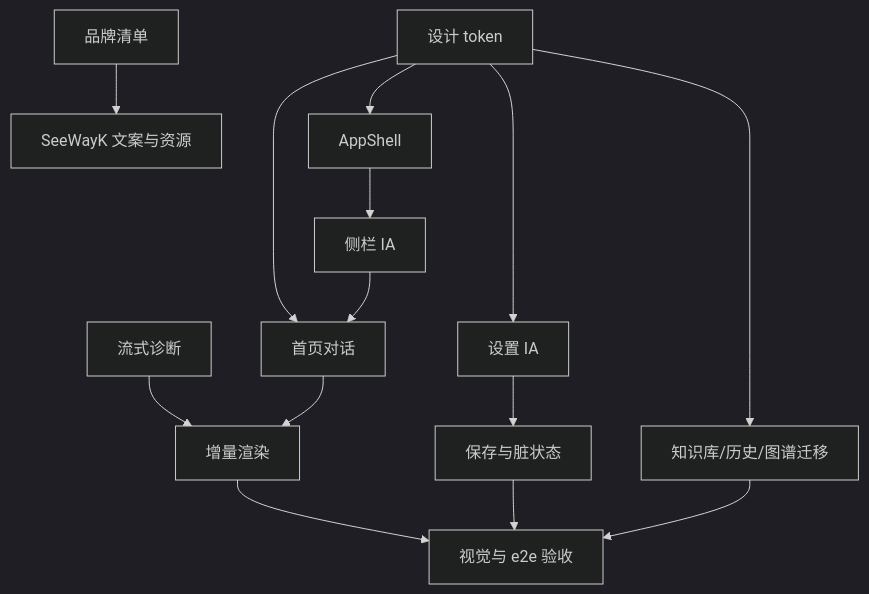
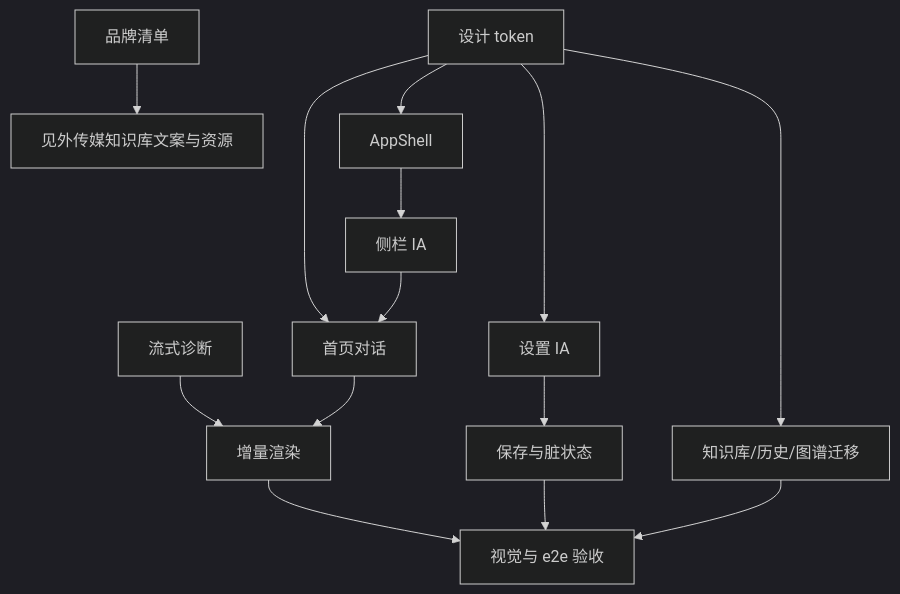
The diagram in docs/plan/dependency-graph.md (xingranya/MimirQ), drawn with Mermaid (dark theme) before and after one commit. The commit also changed 8 other files, not shown here.

````diff
--- a/docs/plan/dependency-graph.md
+++ b/docs/plan/dependency-graph.md
@@ -3,16 +3,16 @@
 ```mermaid
 flowchart TD
   A[流式诊断] --> B[增量渲染]
-  C[品牌清单] --> D[SeeWayK 文案与资源]
+  C[品牌清单] --> D[见外传媒知识库文案与资源]
   E[设计 token] --> F[AppShell]
   F --> G[侧栏 IA]
   E --> H[首页对话]
   G --> H
   H --> B
   E --> I[设置 IA]
   I --> J[保存与脏状态]
   E --> K[知识库/历史/图谱迁移]
   B --> L[视觉与 e2e 验收]
   J --> L
   K --> L
 ```
````
